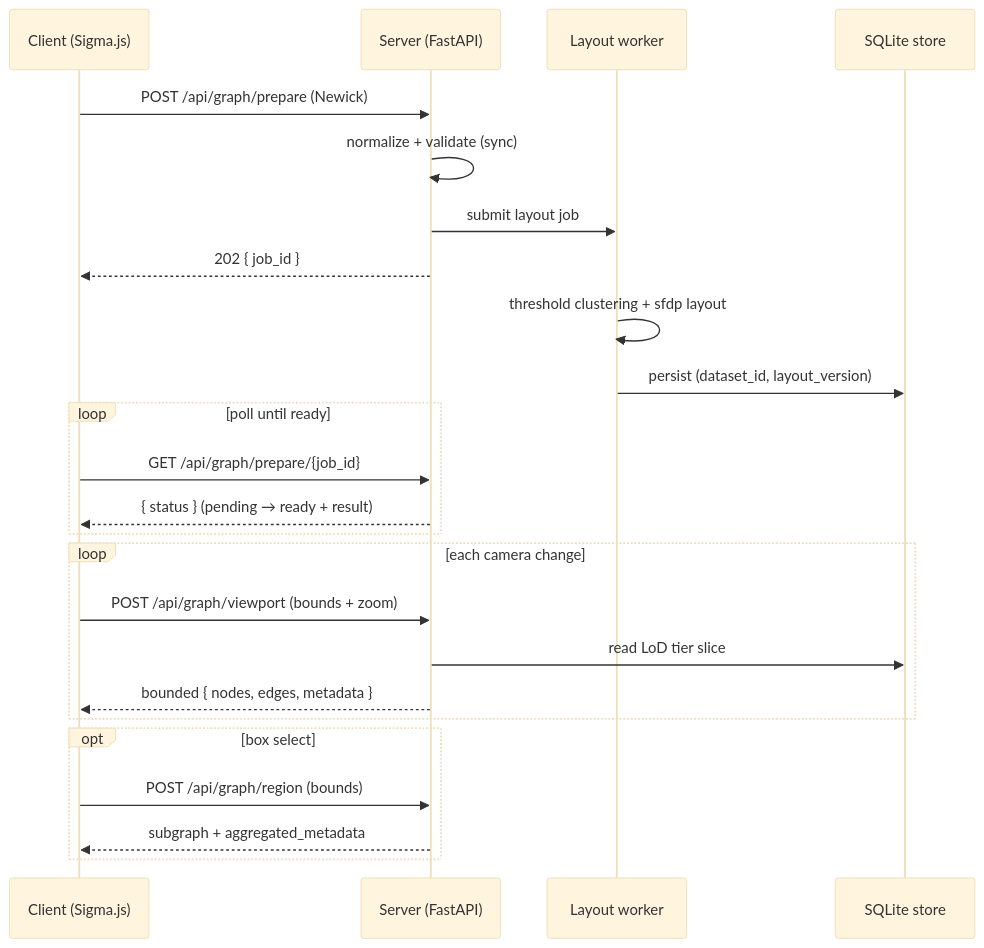
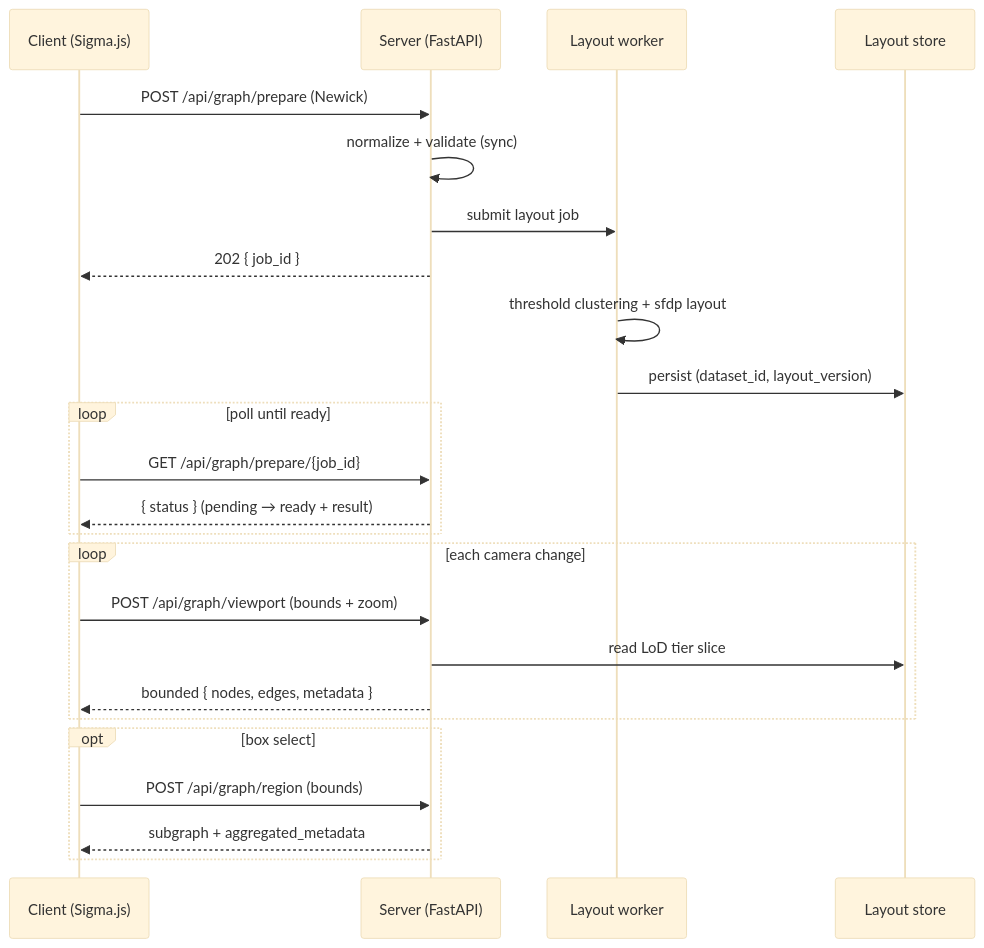
The diagram in README.md (phyloviz/phylo-lens), drawn with Mermaid (base theme) before and after one commit. The commit also changed other lines of this file and 7 other files, not shown here.

Commit message:
docs: describe distributed production architecture

````diff
--- a/README.md
+++ b/README.md
@@ -24,30 +24,30 @@
 ```mermaid
 sequenceDiagram
   participant C as Client (Sigma.js)
   participant S as Server (FastAPI)
   participant W as Layout worker
-  participant DB as SQLite store
+  participant DB as Layout store
 
   C->>S: POST /api/graph/prepare (Newick)
   S->>S: normalize + validate (sync)
   S->>W: submit layout job
   S-->>C: 202 { job_id }
   W->>W: threshold clustering + sfdp layout
   W->>DB: persist (dataset_id, layout_version)
 
   loop poll until ready
     C->>S: GET /api/graph/prepare/{job_id}
     S-->>C: { status } (pending → ready + result)
   end
 
   loop each camera change
     C->>S: POST /api/graph/viewport (bounds + zoom)
     S->>DB: read LoD tier slice
     S-->>C: bounded { nodes, edges, metadata }
   end
 
   opt box select
     C->>S: POST /api/graph/region (bounds)
     S-->>C: subgraph + aggregated_metadata
   end
 ```
````
